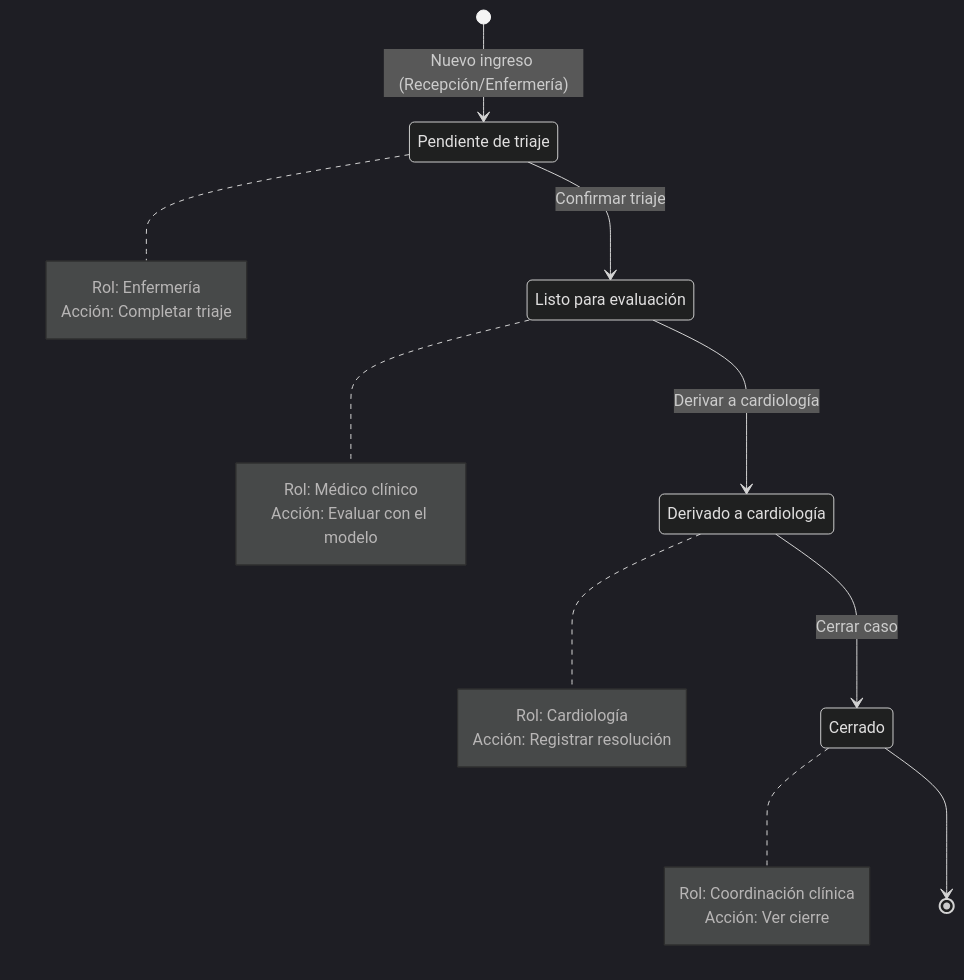
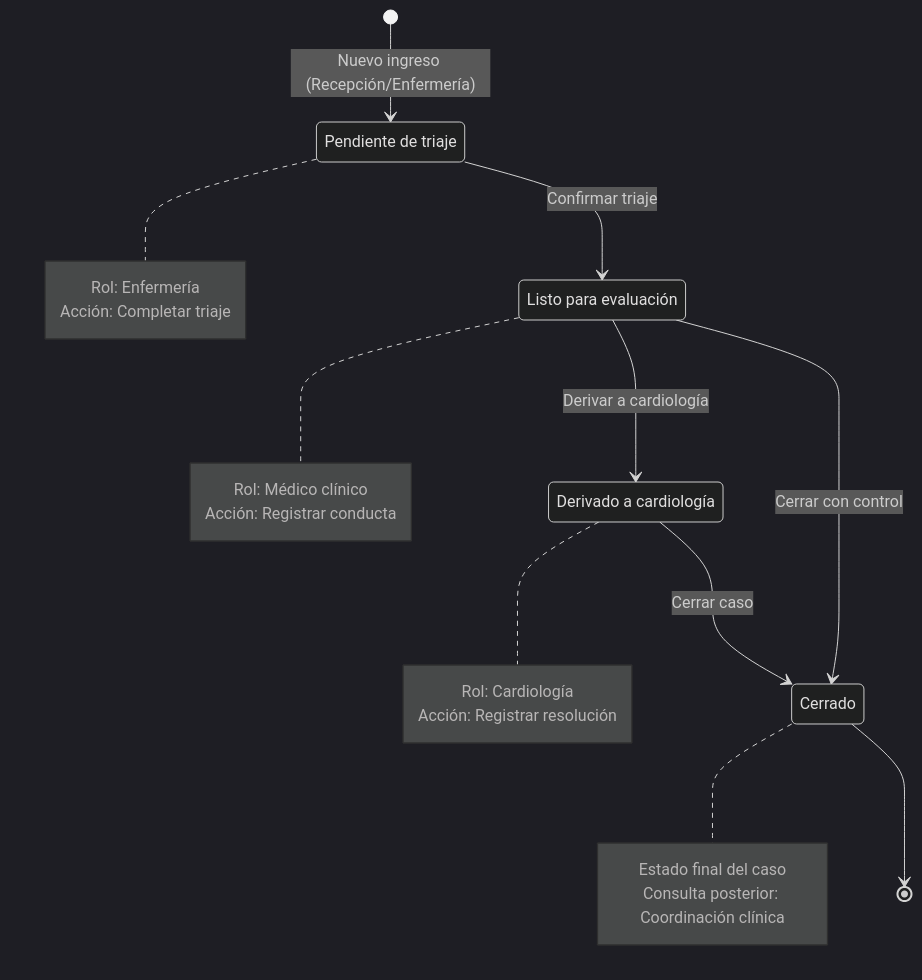
The diagram in docs/workflow.md (danteBenitez/ids-heart-failure), drawn with Mermaid (dark theme) before and after one commit. The commit also changed other lines of this file, not shown here.

Commit message:
docs: align workflow diagram with clinical flow

````diff
--- a/docs/workflow.md
+++ b/docs/workflow.md
@@ -5,37 +5,38 @@
 ```mermaid
 stateDiagram-v2
     state "Pendiente de triaje" as PendienteDeTriaje
     state "Listo para evaluación" as ListoParaEvaluacion
     state "Derivado a cardiología" as DerivadoACardiologia
     state "Cerrado" as Cerrado
 
     [*] --> PendienteDeTriaje : Nuevo ingreso (Recepción/Enfermería)
 
     note right of PendienteDeTriaje
         Rol: Enfermería
         Acción: Completar triaje
     end note
 
     PendienteDeTriaje --> ListoParaEvaluacion : Confirmar triaje
 
     note right of ListoParaEvaluacion
         Rol: Médico clínico
-        Acción: Evaluar con el modelo
+        Acción: Registrar conducta
     end note
 
     ListoParaEvaluacion --> DerivadoACardiologia : Derivar a cardiología
+    ListoParaEvaluacion --> Cerrado : Cerrar con control
 
     note right of DerivadoACardiologia
         Rol: Cardiología
         Acción: Registrar resolución
     end note
 
     DerivadoACardiologia --> Cerrado : Cerrar caso
 
     note right of Cerrado
-        Rol: Coordinación clínica
-        Acción: Ver cierre
+        Estado final del caso
+        Consulta posterior: Coordinación clínica
     end note
 
     Cerrado --> [*]
 ```
````
